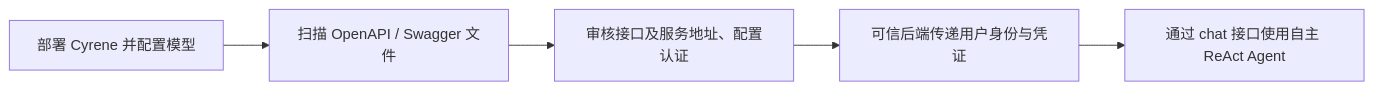
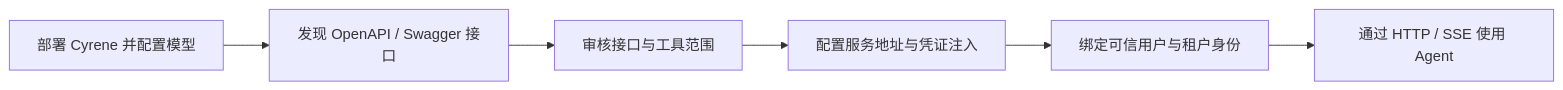
One commit to chenkezhen480/Cyrene changed the first of 2 diagrams in README.md. Above: the diagram before and after it, drawn with Mermaid. The commit also changed other lines of this file and 4 other files, not shown here.

````diff
--- a/README.md
+++ b/README.md
@@ -34,7 +40,8 @@
 ```mermaid
 flowchart LR
-    A[部署 Cyrene 并配置模型] --> B[扫描 OpenAPI / Swagger 文件]
-    B --> C[审核接口及服务地址、配置认证]
-    C --> D[可信后端传递用户身份与凭证]
-    D --> E[通过 chat 接口使用自主 ReAct Agent]
+    A[部署 Cyrene 并配置模型] --> B[发现 OpenAPI / Swagger 接口]
+    B --> C[审核接口与工具范围]
+    C --> D[配置服务地址与凭证注入]
+    D --> E[绑定可信用户与租户身份]
+    E --> F[通过 HTTP / SSE 使用 Agent]
 ```
````
